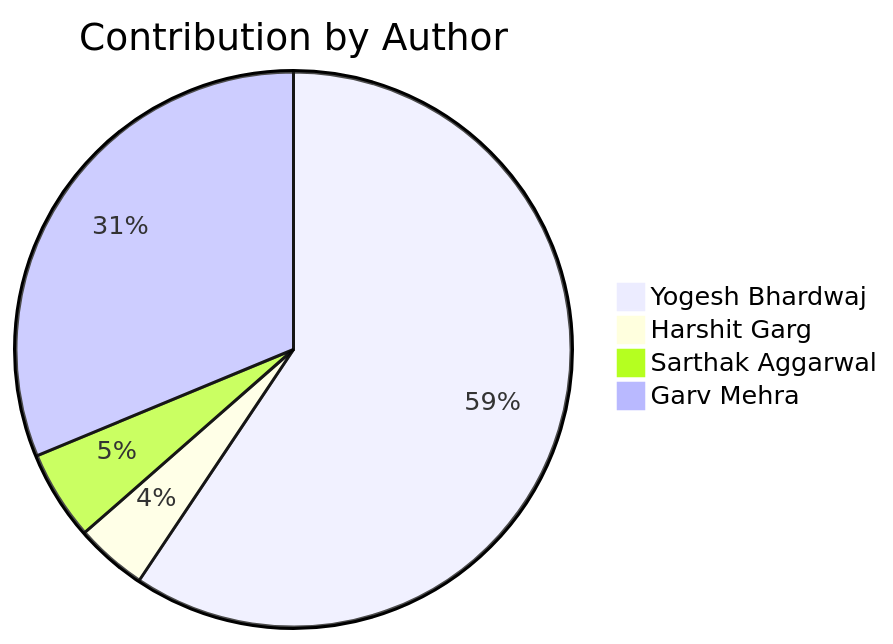
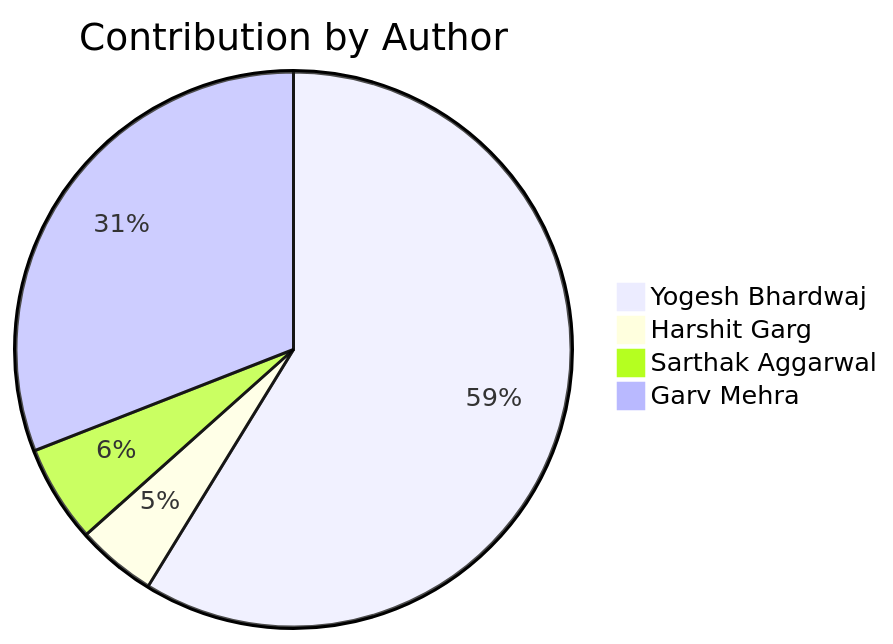
One commit to Yogesh-Bhardwaj-hue/Scm-Final_2.0 changed the second of 2 diagrams in README.md. Above: the diagram before and after it, drawn with Mermaid. The commit also changed other lines of this file, not shown here.

Commit message:
Update contribution charts

````diff
--- a/README.md
+++ b/README.md
@@ -192,7 +192,7 @@
 ```mermaid
 pie title Contribution by Author
     "Yogesh Bhardwaj": 114
-    "Harshit Garg": 8
-    "Sarthak Aggarwal": 10
+    "Harshit Garg": 9
+    "Sarthak Aggarwal": 11
     "Garv Mehra": 60
 ```
````
